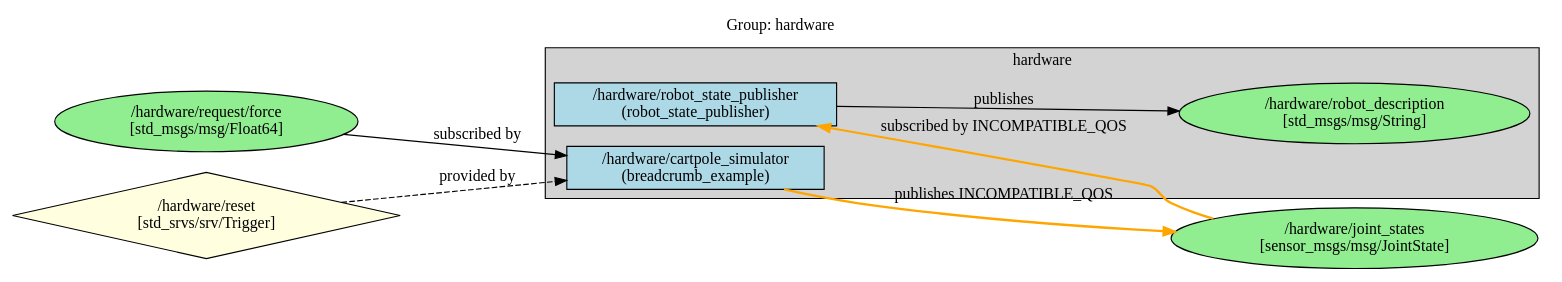
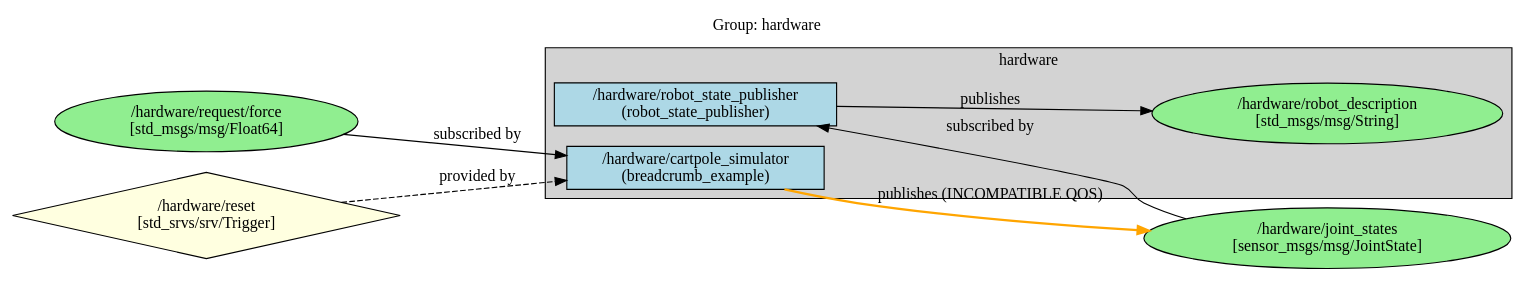
One commit to greenforge-labs/breadcrumb changed the diagram in breadcrumb_example/ros_graphs/graph_group_hardware.dot. Above: the diagram before and after it, drawn with Graphviz. The commit also changed 18 other files, not shown here.

```diff
--- a/breadcrumb_example/ros_graphs/graph_group_hardware.dot
+++ b/breadcrumb_example/ros_graphs/graph_group_hardware.dot
@@ -1,38 +1,38 @@
 digraph ROS2Group_hardware {
   rankdir=LR;
   node [shape=box];
   label="Group: hardware";
   labelloc=t;
 
   subgraph cluster_hardware {
     label="hardware";
     style=filled;
     fillcolor=lightgrey;
 
     // Group Nodes
     "/hardware/robot_state_publisher" [label="/hardware/robot_state_publisher\n(robot_state_publisher)", style=filled, fillcolor=lightblue];
     "/hardware/cartpole_simulator" [label="/hardware/cartpole_simulator\n(breadcrumb_example)", style=filled, fillcolor=lightblue];
 
     // Internal Topics
     "/hardware/robot_description" [label="/hardware/robot_description\n[std_msgs/msg/String]", shape=ellipse, style=filled, fillcolor=lightgreen];
   }
 
   // External Topics
   "/hardware/joint_states" [label="/hardware/joint_states\n[sensor_msgs/msg/JointState]", shape=ellipse, style=filled, fillcolor=lightgreen];
   "/hardware/request/force" [label="/hardware/request/force\n[std_msgs/msg/Float64]", shape=ellipse, style=filled, fillcolor=lightgreen];
 
   // External Services
   "/hardware/reset" [label="/hardware/reset\n[std_srvs/srv/Trigger]", shape=diamond, style=filled, fillcolor=lightyellow];
 
   // Internal Topic Edges
   "/hardware/robot_state_publisher" -> "/hardware/robot_description" [label="publishes"];
 
   // External Topic Edges
-  "/hardware/cartpole_simulator" -> "/hardware/joint_states" [label="publishes INCOMPATIBLE_QOS", color=orange, style=bold];
-  "/hardware/joint_states" -> "/hardware/robot_state_publisher" [label="subscribed by INCOMPATIBLE_QOS", color=orange, style=bold];
+  "/hardware/cartpole_simulator" -> "/hardware/joint_states" [label="publishes (INCOMPATIBLE QOS)", color=orange, style=bold];
+  "/hardware/joint_states" -> "/hardware/robot_state_publisher" [label="subscribed by"];
   "/hardware/request/force" -> "/hardware/cartpole_simulator" [label="subscribed by"];
 
   // External Service Edges
   "/hardware/reset" -> "/hardware/cartpole_simulator" [label="provided by", style=dashed];
 
 }
```
